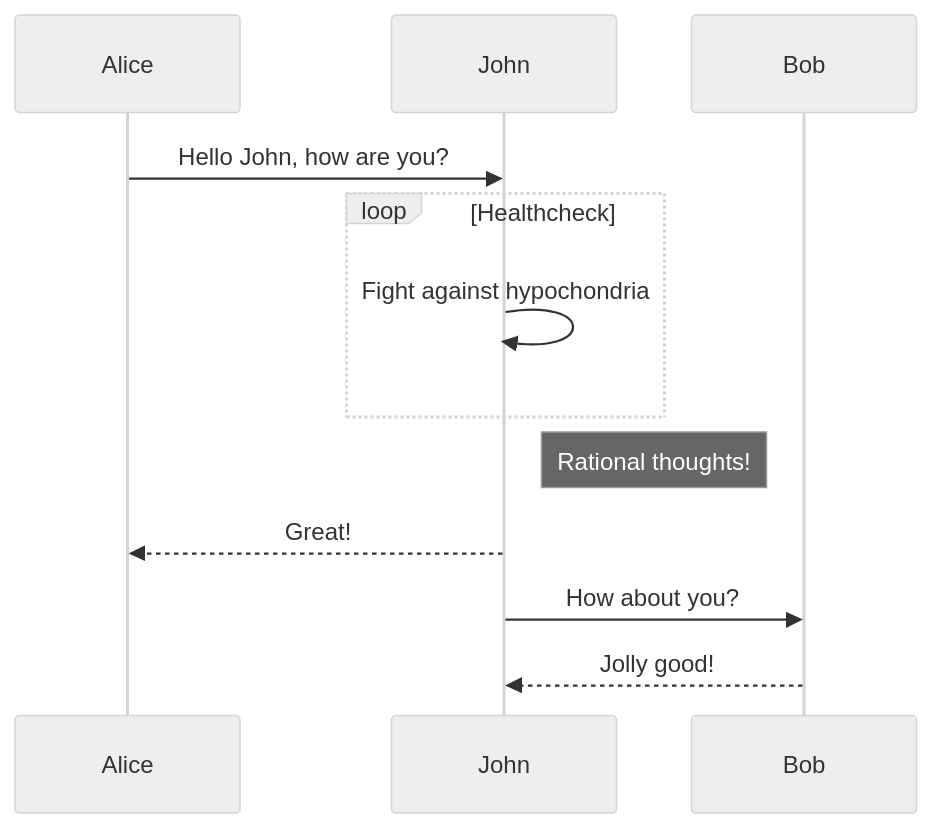
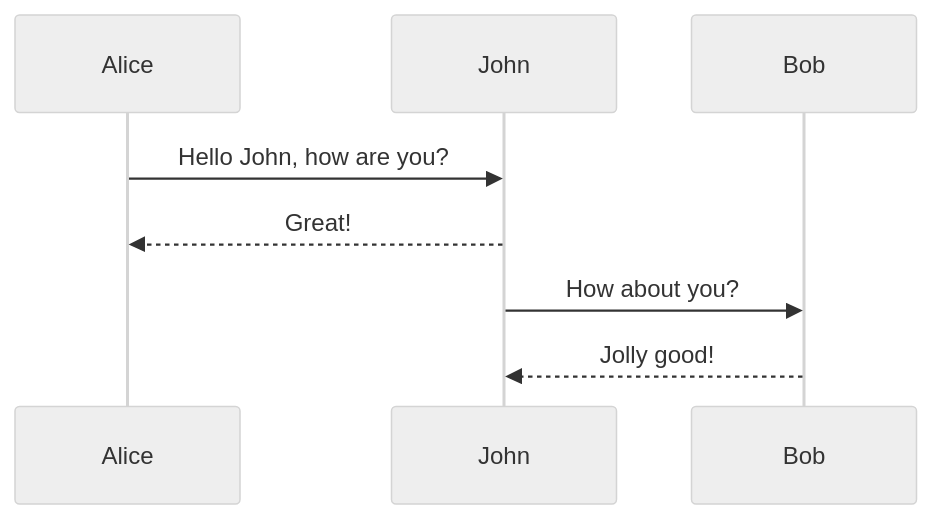
The second of 7 diagrams in docs/graphs/mermaid_js.md (eaceto/EADocsTemplate), drawn with Mermaid (neutral theme) before and after one commit. The commit also changed 9 other files, not shown here.

````diff
--- a/docs/graphs/mermaid_js.md
+++ b/docs/graphs/mermaid_js.md
@@ -38,11 +38,7 @@
 ```mermaid
 sequenceDiagram
 Alice->>John: Hello John, how are you?
-loop Healthcheck
-    John->>John: Fight against hypochondria
-end
-Note right of John: Rational thoughts!
 John-->>Alice: Great!
 John->>Bob: How about you?
 Bob-->>John: Jolly good!
 ```
````
